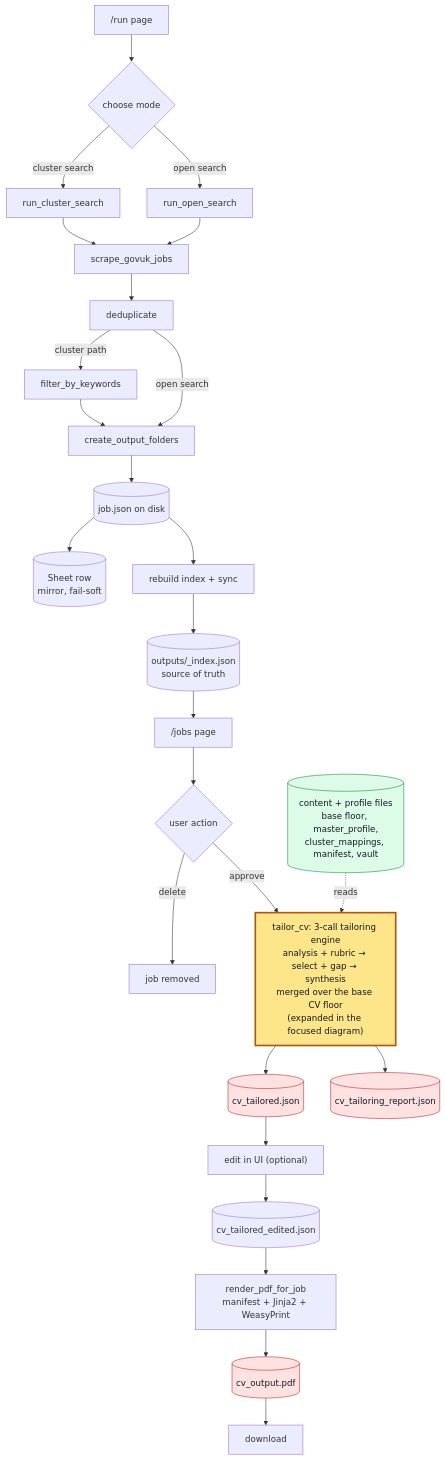
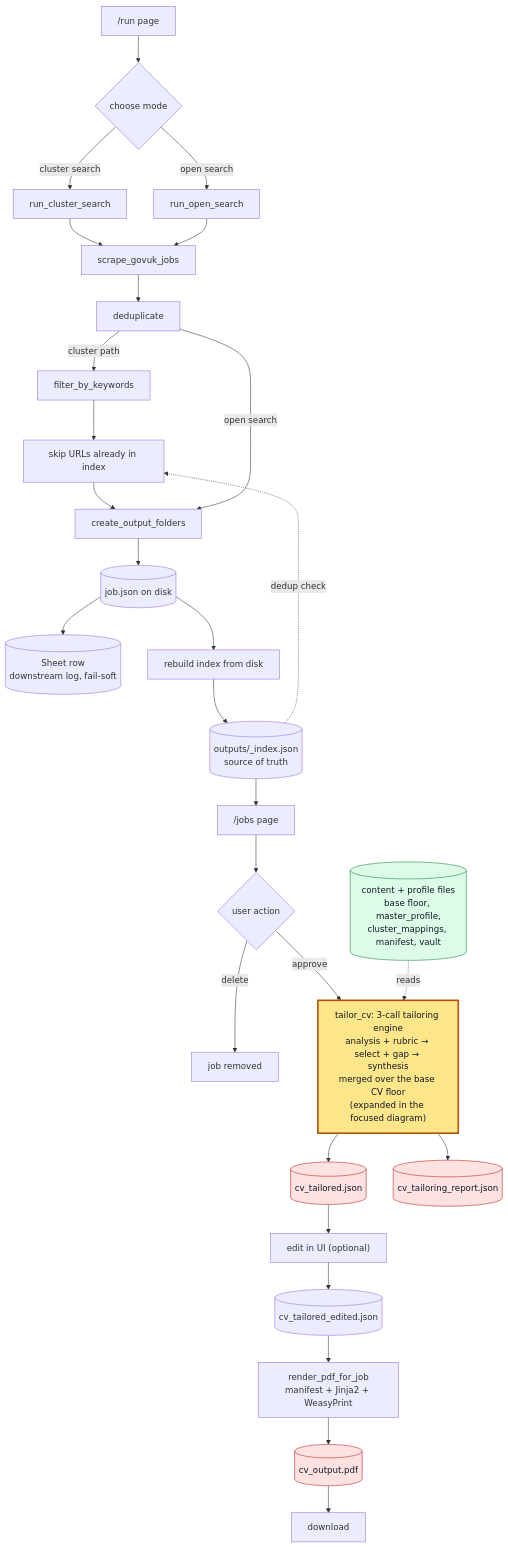
The first of 2 diagrams in README.md (designedbykaz/job-search-automation), drawn with Mermaid before and after one commit. The commit also changed other lines of this file and 8 other files, not shown here.

Commit message:
Fixing architectural error with job indexing logic, scrape dedup is now index-based rather than sheet-based

````diff
--- a/README.md
+++ b/README.md
@@ -31,38 +31,40 @@
 ```mermaid
 flowchart TD
     RUN["/run page"] --> MODE{choose mode}
     MODE -->|cluster search| CS[run_cluster_search]
     MODE -->|open search| OS[run_open_search]
     CS --> SCRAPE[scrape_govuk_jobs]
     OS --> SCRAPE
     SCRAPE --> DEDUP[deduplicate]
     DEDUP -->|cluster path| FILTER[filter_by_keywords]
-    FILTER --> FOLDERS[create_output_folders]
+    FILTER --> SEEN[skip URLs already in index]
+    SEEN --> FOLDERS[create_output_folders]
     DEDUP -->|open search| FOLDERS
     FOLDERS --> JOBJSON[(job.json on disk)]
-    JOBJSON --> SHEET[(Sheet row<br/>mirror, fail-soft)]
-    JOBJSON --> SYNC[rebuild index + sync]
+    JOBJSON --> SHEET[(Sheet row<br/>downstream log, fail-soft)]
+    JOBJSON --> SYNC[rebuild index from disk]
     SYNC --> INDEX[(outputs/_index.json<br/>source of truth)]
+    INDEX -.dedup check.-> SEEN
     INDEX --> JOBS["/jobs page"]
     JOBS --> ACTION{user action}
     ACTION -->|delete| DEL[job removed]
     ACTION -->|approve| ENGINE
 
     ENGINE["tailor_cv: 3-call tailoring engine<br/>analysis + rubric &rarr; select + gap &rarr; synthesis<br/>merged over the base CV floor<br/>(expanded in the focused diagram)"]:::engine
 
     FILES[("content + profile files<br/>base floor, master_profile,<br/>cluster_mappings, manifest, vault")]:::file
     FILES -. reads .-> ENGINE
 
     ENGINE --> CVJSON[(cv_tailored.json)]:::out
     ENGINE --> REPORT[(cv_tailoring_report.json)]:::out
     CVJSON --> EDIT["edit in UI (optional)"]
     EDIT --> EDITED[(cv_tailored_edited.json)]
     EDITED --> RENDER["render_pdf_for_job<br/>manifest + Jinja2 + WeasyPrint"]
     RENDER --> PDF[(cv_output.pdf)]:::out
     PDF --> DL[download]
 
     classDef engine fill:#fde68a,stroke:#b45309,stroke-width:3px,color:#111827;
     classDef file fill:#dcfce7,stroke:#15803d,color:#111827;
     classDef out fill:#fee2e2,stroke:#b91c1c,color:#111827;
 
 ```
````
